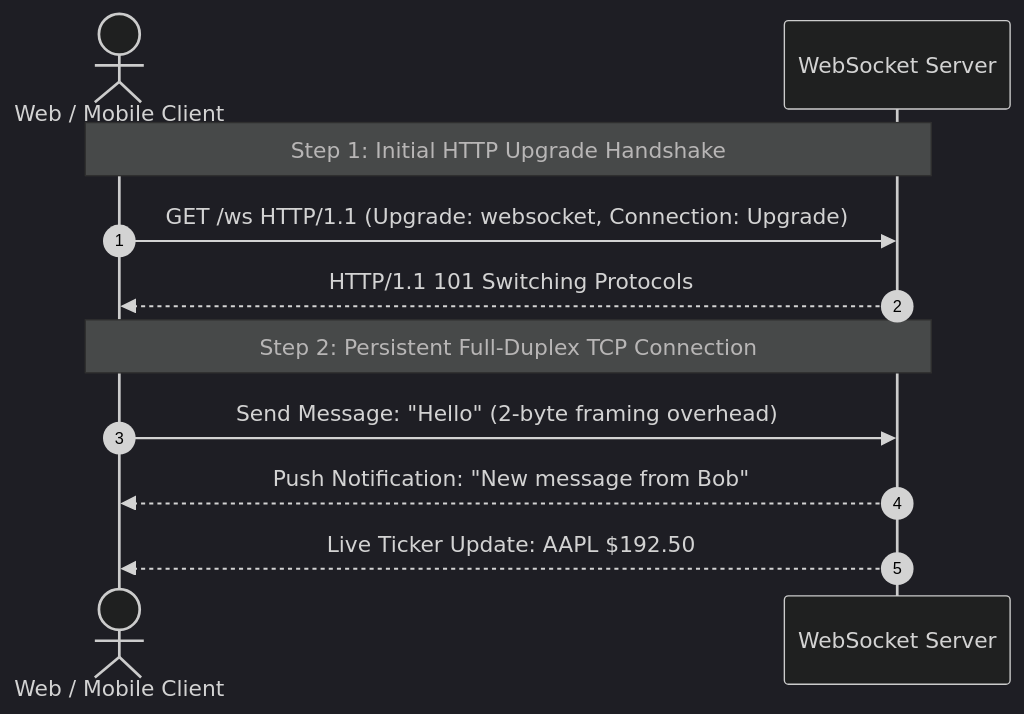
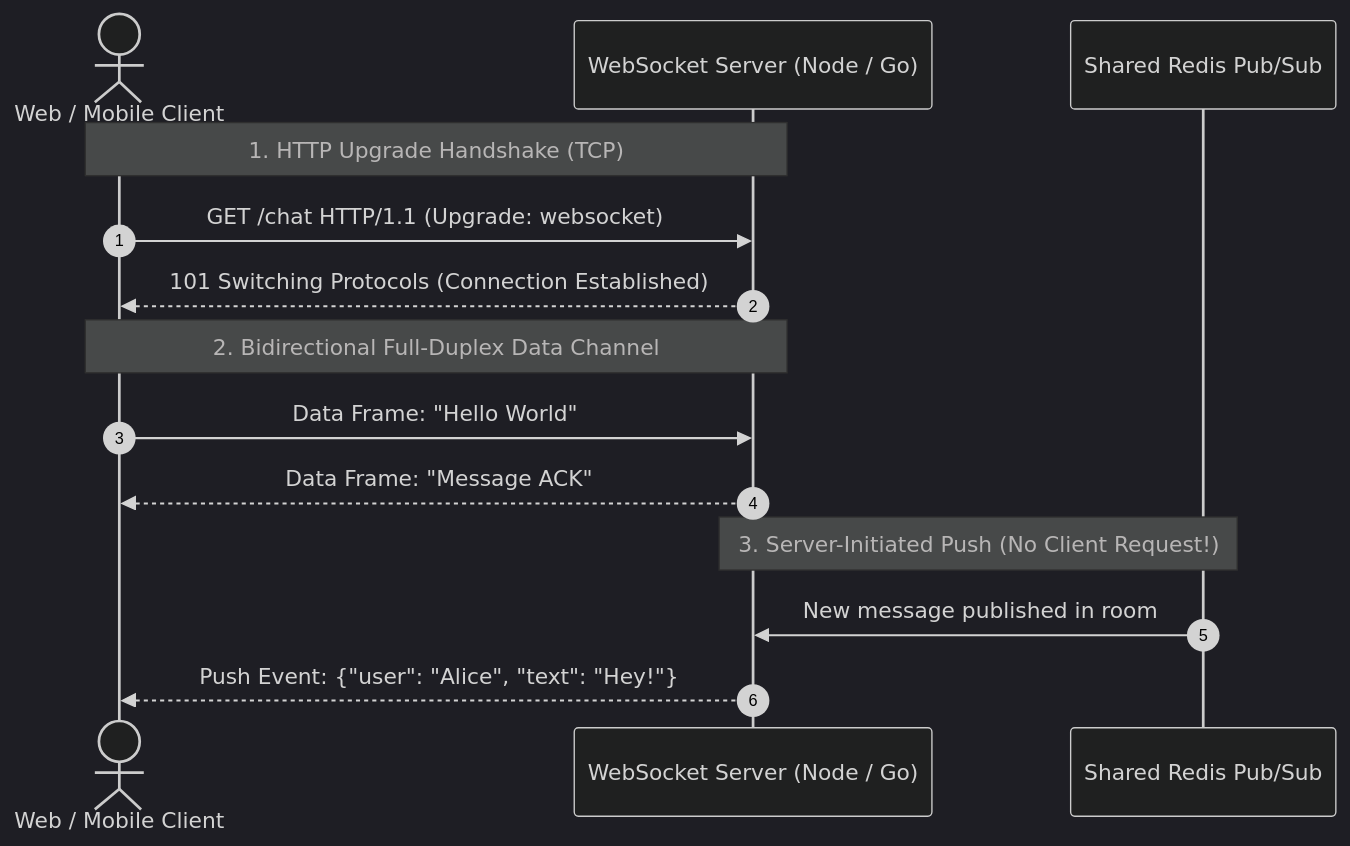
One commit to Sujalkathait/high-level-design changed the first of 2 diagrams in 03-networking/websockets.md. Above: the diagram before and after it, drawn with Mermaid (dark theme). The commit also changed other lines of this file and 41 other files, not shown here.

````diff
--- a/03-networking/websockets.md
+++ b/03-networking/websockets.md
@@ -20,15 +13,19 @@
 ```mermaid
 sequenceDiagram
     autonumber
     actor Client as Web / Mobile Client
-    participant Server as WebSocket Server
+    participant Server as WebSocket Server (Node / Go)
+    participant Redis as Shared Redis Pub/Sub
 
-    Note over Client,Server: Step 1: Initial HTTP Upgrade Handshake
-    Client->>Server: GET /ws HTTP/1.1 (Upgrade: websocket, Connection: Upgrade)
-    Server-->>Client: HTTP/1.1 101 Switching Protocols
-
-    Note over Client,Server: Step 2: Persistent Full-Duplex TCP Connection
-    Client->>Server: Send Message: "Hello" (2-byte framing overhead)
-    Server-->>Client: Push Notification: "New message from Bob"
-    Server-->>Client: Live Ticker Update: AAPL $192.50
+    Note over Client,Server: 1. HTTP Upgrade Handshake (TCP)
+    Client->>Server: GET /chat HTTP/1.1 (Upgrade: websocket)
+    Server-->>Client: 101 Switching Protocols (Connection Established)
+    
+    Note over Client,Server: 2. Bidirectional Full-Duplex Data Channel
+    Client->>Server: Data Frame: "Hello World"
+    Server-->>Client: Data Frame: "Message ACK"
+    
+    Note over Server,Redis: 3. Server-Initiated Push (No Client Request!)
+    Redis->>Server: New message published in room
+    Server-->>Client: Push Event: {"user": "Alice", "text": "Hey!"}
 ```
````
